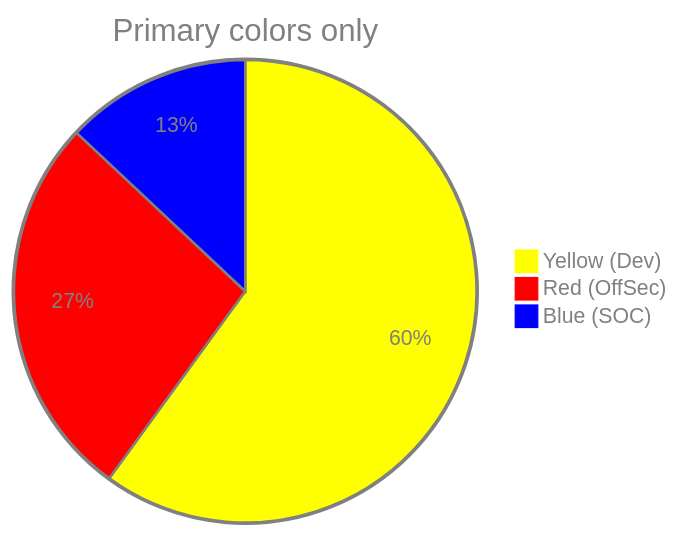
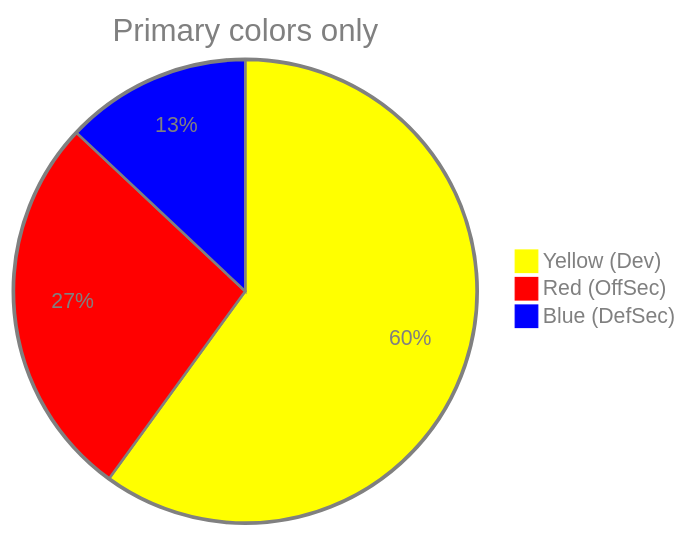
One commit to felickz/felickz changed the second of 3 diagrams in README-colorwheel.md. Above: the diagram before and after it, drawn with Mermaid. The commit also changed other lines of this file, not shown here.

Commit message:
Relabel Blue as DefSec

````diff
--- a/README-colorwheel.md
+++ b/README-colorwheel.md
@@ -28,8 +28,8 @@
 ```mermaid
 %%{init: {'theme': 'base', 'themeVariables': { 'pie1': '#FFFF00', 'pie2': '#ff0000', 'pie3': '#0000FF', 'pieOpacity': '1', 'pieStrokeColor': '#808080', 'pieOuterStrokeColor': '#808080', 'pieTitleTextColor': '#808080', 'pieLegendTextColor': '#808080', 'pieSectionTextColor': '#808080'}}}%%
 pie
   title Primary colors only
   "Yellow (Dev)" : 60
   "Red (OffSec)" : 27
-  "Blue (SOC)" : 13
+  "Blue (DefSec)" : 13
 ```
````
